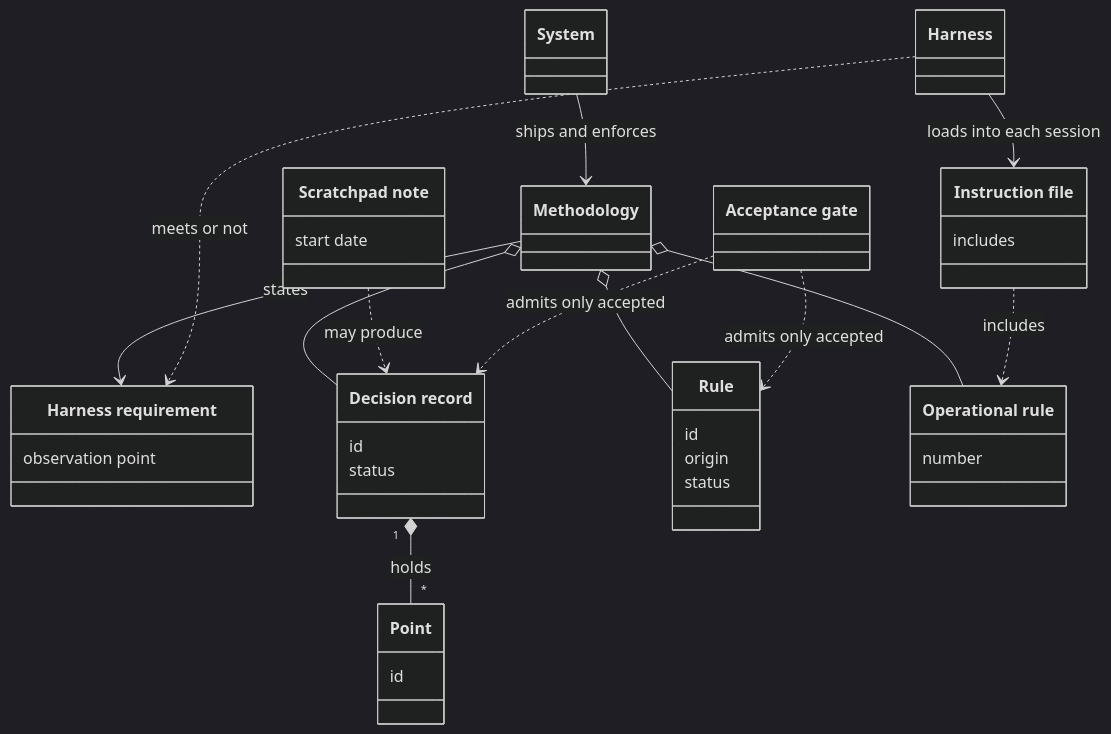
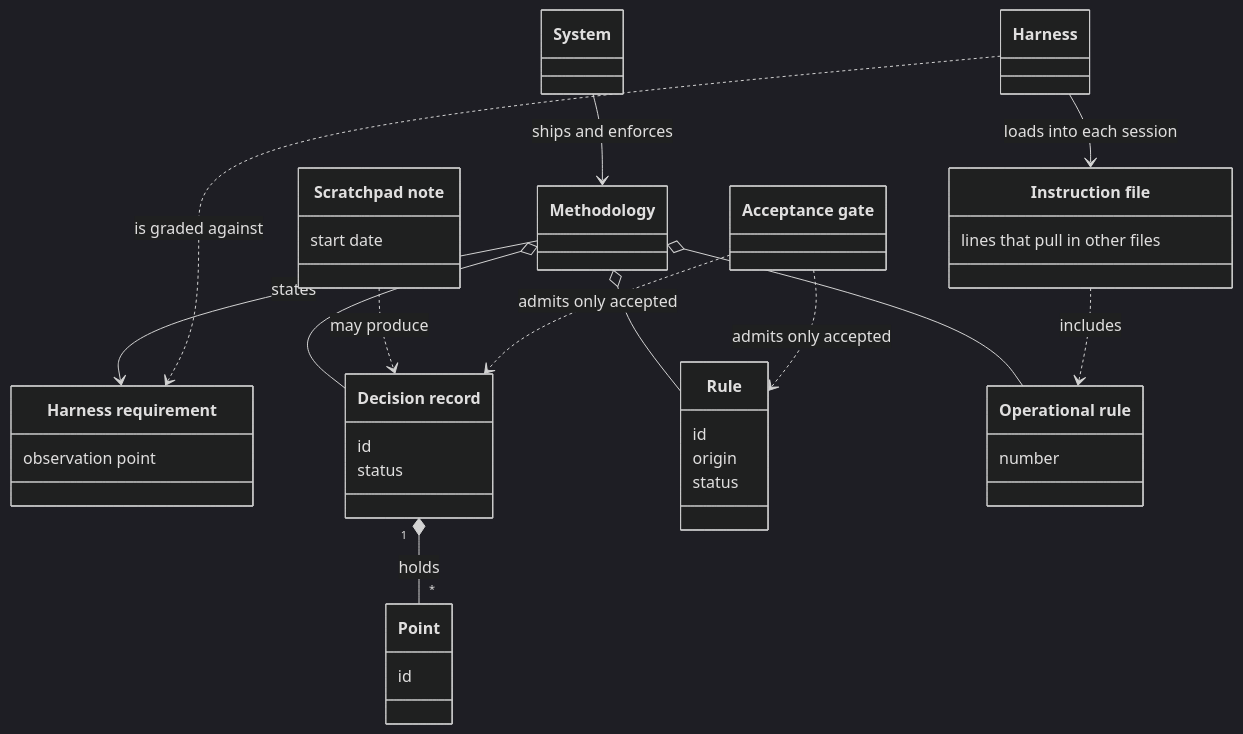
One commit to aleskalfas/project-kit changed the first of 6 diagrams in tech-docs/analysis/core/domain-model/010-the-system-and-its-methodology.md. Above: the diagram before and after it, drawn with Mermaid (dark theme). The commit also changed other lines of this file and 48 other files, not shown here.

````diff
--- a/tech-docs/analysis/core/domain-model/010-the-system-and-its-methodology.md
+++ b/tech-docs/analysis/core/domain-model/010-the-system-and-its-methodology.md
@@ -56,38 +58,38 @@
 ```mermaid
 classDiagram
   accTitle: The system and its methodology
-  accDescr: The system ships and enforces the methodology. The methodology is made of decision records, rules, operational rules and conventions, and states harness requirements. A harness meets each harness requirement or not. A decision record holds points. A scratchpad note may produce decision records. Work builds only on accepted decision records and rules, as the acceptance gate says. A harness loads an instruction file into each session, and the instruction file includes the operational rules.
+  accDescr: The system ships and enforces the methodology. The methodology is made of decision records, rules, operational rules and conventions, and states harness requirements. How far a harness meets each harness requirement is graded. A decision record holds points. A scratchpad note may produce decision records. Work builds only on accepted decision records and rules, as the acceptance gate says. A harness loads an instruction file into each session, and the instruction file includes the operational rules.
   class System["System"]
   class Harness["Harness"]
   class HarnessRequirement["Harness requirement"]
   HarnessRequirement : observation point
   class InstructionFile["Instruction file"]
-  InstructionFile : includes
+  InstructionFile : lines that pull in other files
   class Methodology["Methodology"]
   class DecisionRecord["Decision record"]
   DecisionRecord : id
   DecisionRecord : status
   class Point["Point"]
   Point : id
   class ScratchpadNote["Scratchpad note"]
   ScratchpadNote : start date
   class Rule["Rule"]
   Rule : id
   Rule : origin
   Rule : status
   class AcceptanceGate["Acceptance gate"]
   class OperationalRule["Operational rule"]
   OperationalRule : number
   System --> Methodology : ships and enforces
   Methodology o-- DecisionRecord
   Methodology o-- Rule
   Methodology o-- OperationalRule
   DecisionRecord "1" *-- "*" Point : holds
   ScratchpadNote ..> DecisionRecord : may produce
   AcceptanceGate ..> DecisionRecord : admits only accepted
   AcceptanceGate ..> Rule : admits only accepted
   Methodology --> HarnessRequirement : states
-  Harness ..> HarnessRequirement : meets or not
+  Harness ..> HarnessRequirement : is graded against
   Harness --> InstructionFile : loads into each session
   InstructionFile ..> OperationalRule : includes
 ```
````
